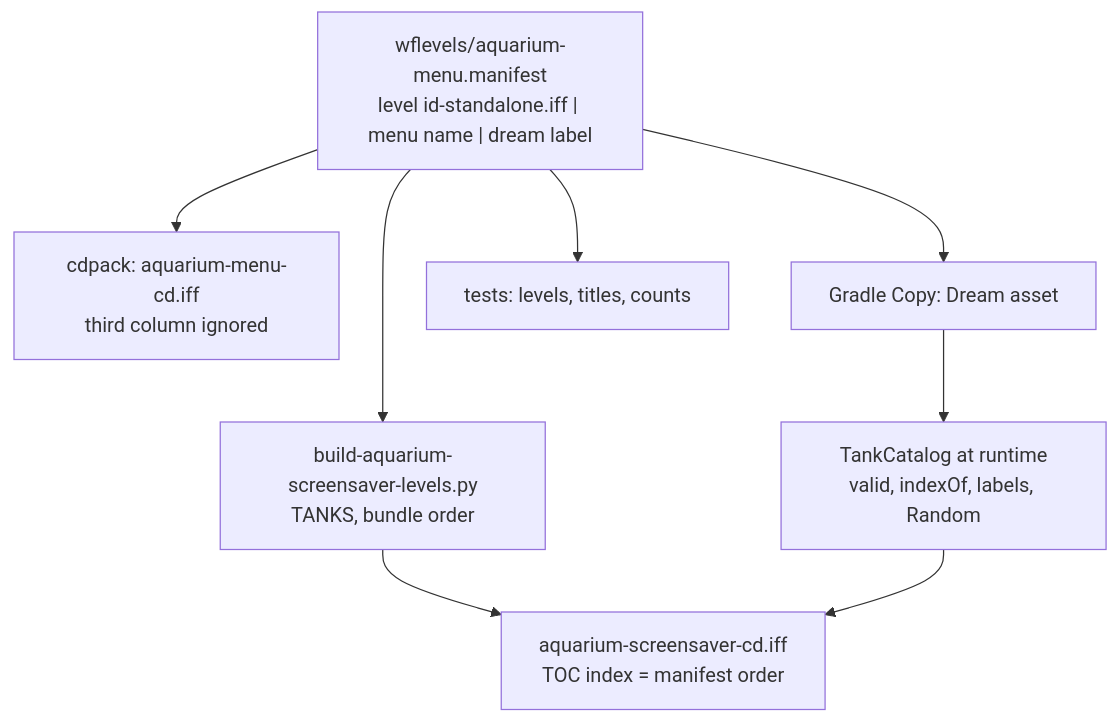
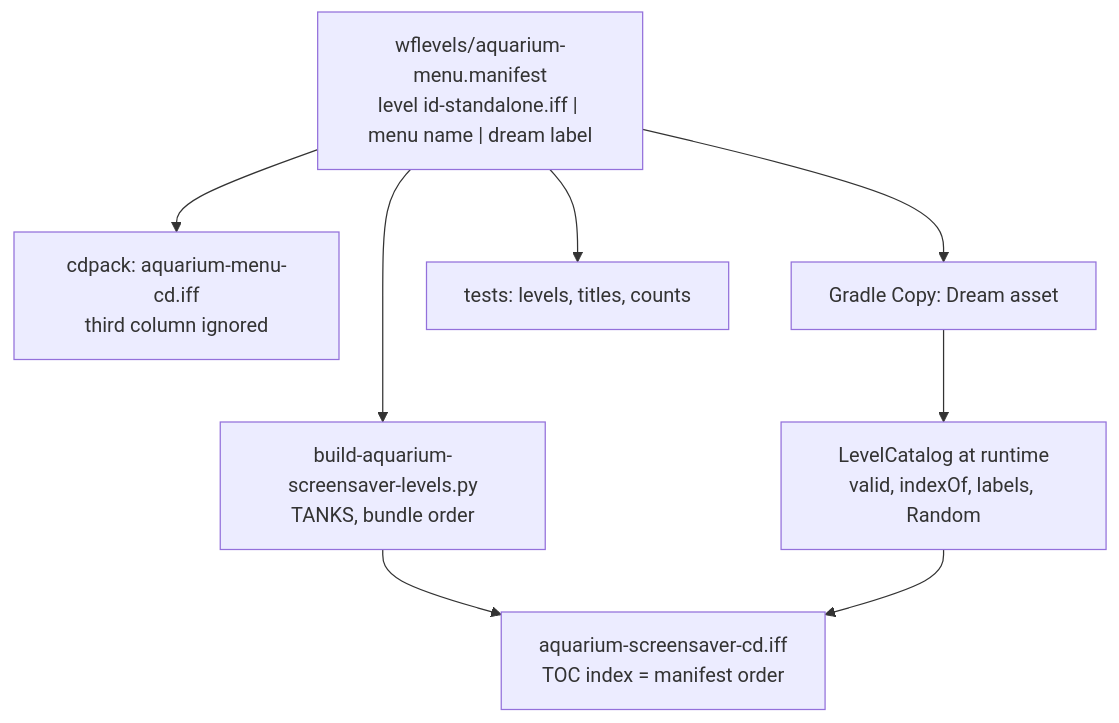
The second of 4 diagrams in docs/plans/2026-11-21-aquarium-menu-and-screensaver-launch.md (wbniv/WorldFoundry), drawn with Mermaid before and after one commit. The commit also changed other lines of this file and 2 other files, not shown here.

First line of the commit message:
Aquarium launch plan: D1-D5 accepted; generic LevelCatalog and LEVEL extra across Aquarium, 3D Clocks and single-level packages

````diff
--- a/docs/plans/2026-11-21-aquarium-menu-and-screensaver-launch.md
+++ b/docs/plans/2026-11-21-aquarium-menu-and-screensaver-launch.md
@@ -93,11 +93,11 @@
 ```mermaid
 flowchart TD
     MF["wflevels/aquarium-menu.manifest<br/>level id-standalone.iff | menu name | dream label"]
     MF --> CD[cdpack: aquarium-menu-cd.iff<br/>third column ignored]
     MF --> GR[Gradle Copy: Dream asset]
-    GR --> TC[TankCatalog at runtime<br/>valid, indexOf, labels, Random]
+    GR --> TC[LevelCatalog at runtime<br/>valid, indexOf, labels, Random]
     MF --> BS[build-aquarium-screensaver-levels.py<br/>TANKS, bundle order]
     MF --> T[tests: levels, titles, counts]
     BS --> SB[aquarium-screensaver-cd.iff<br/>TOC index = manifest order]
     TC --> SB
 ```
````
